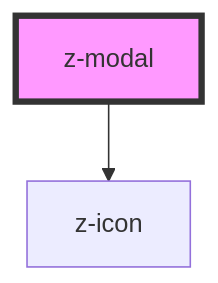
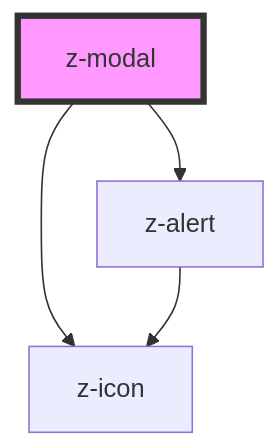
One commit to ZanichelliEditore/design-system changed the diagram in src/components/modal/z-modal/readme.md. Above: the diagram before and after it, drawn with Mermaid. The commit also changed other lines of this file and 9 other files, not shown here.

Commit message:
MYZ-7050 cambiamento gestione stile, aggiunto componente z-modal-alert

````diff
--- a/src/components/modal/z-modal/readme.md
+++ b/src/components/modal/z-modal/readme.md
@@ -42,5 +44,7 @@
 ```mermaid
 graph TD;
+  z-modal --> z-alert
   z-modal --> z-icon
+  z-alert --> z-icon
   style z-modal fill:#f9f,stroke:#333,stroke-width:4px
 ```
````
